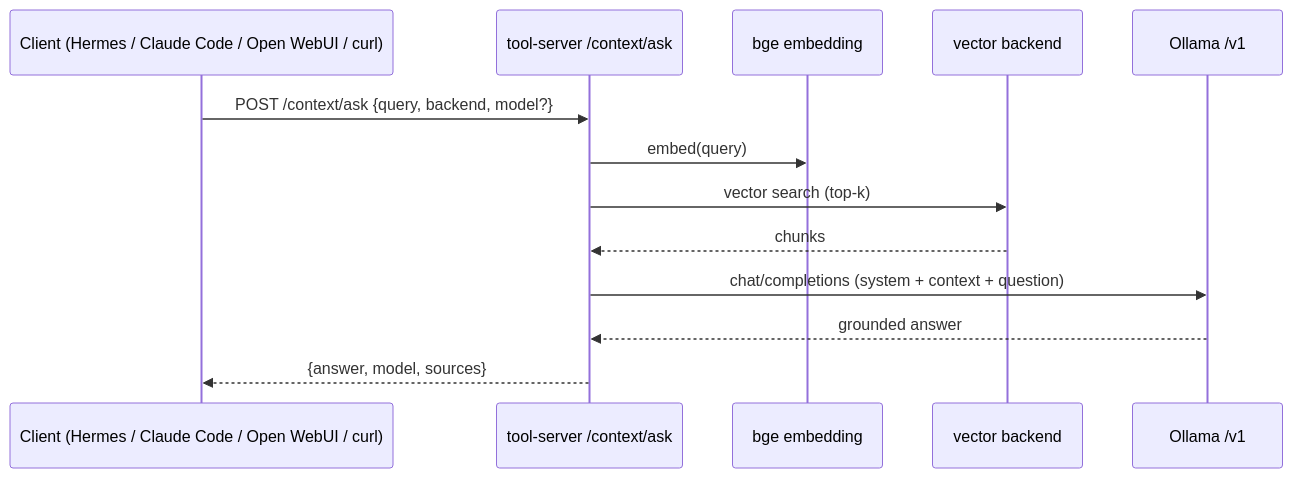
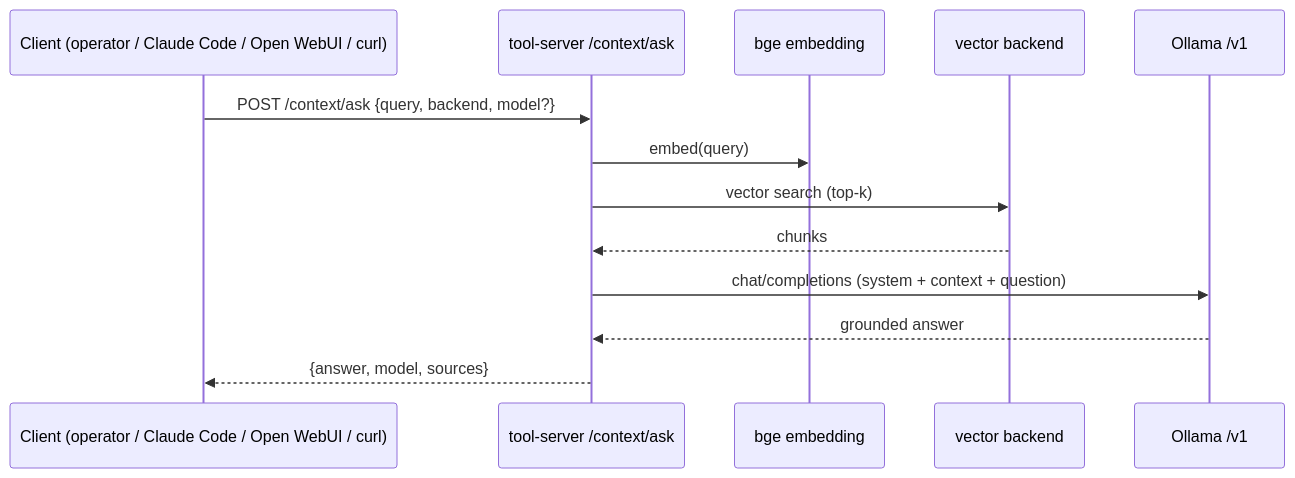
The diagram in docs/diagrams/flow-rag-query.md (edtbl76/weyland-lab), drawn with Mermaid before and after one commit. The commit also changed 14 other files, not shown here.

Commit message:
Route all LiteLLM hosted lanes through Bifrost for consistent provider egress, add per-VK attribution, and update diagrams and docs for new architecture.

````diff
--- a/docs/diagrams/flow-rag-query.md
+++ b/docs/diagrams/flow-rag-query.md
@@ -3,15 +3,15 @@
 ```mermaid
 sequenceDiagram
-    participant Client as Client (Hermes / Claude Code / Open WebUI / curl)
+    participant Client as Client (operator / Claude Code / Open WebUI / curl)
     participant TS as tool-server /context/ask
     participant Emb as bge embedding
     participant Back as vector backend
     participant OLL as Ollama /v1
     Client->>TS: POST /context/ask {query, backend, model?}
     TS->>Emb: embed(query)
     TS->>Back: vector search (top-k)
     Back-->>TS: chunks
     TS->>OLL: chat/completions (system + context + question)
     OLL-->>TS: grounded answer
     TS-->>Client: {answer, model, sources}
 ```
````
